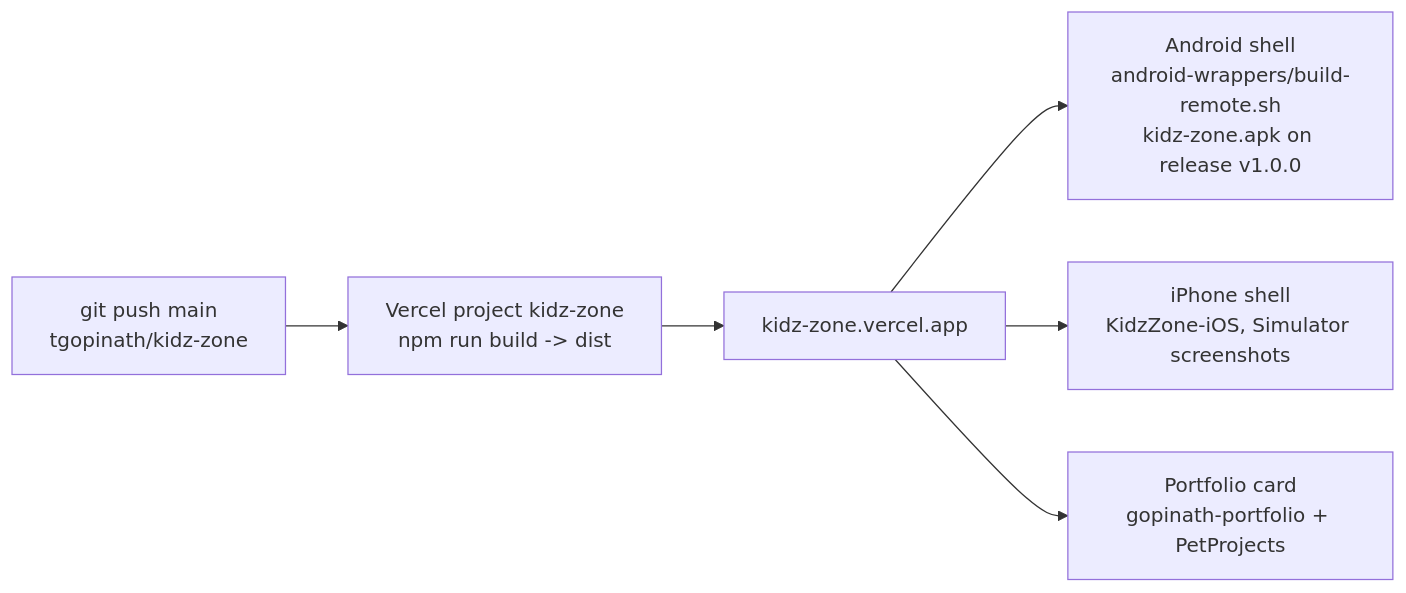
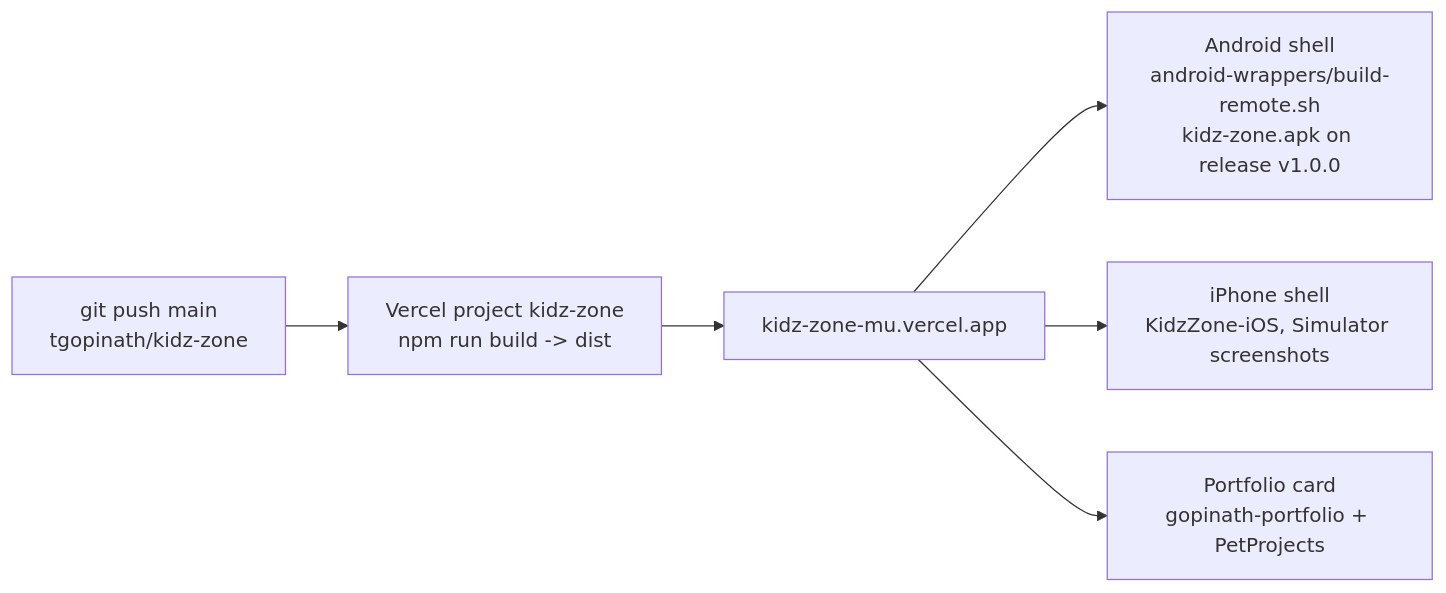
Before and after one commit to tgopinath/kidz-zone: the fourth of 4 diagrams in ARCHITECTURE.md, drawn with Mermaid. The commit also changed other lines of this file and 25 other files, not shown here.

Commit message:
Portfolio assets (phone and iPhone pages, screenshots, card notes), README, architecture; Garden keeps its green; Pets title contrast

````diff
--- a/ARCHITECTURE.md
+++ b/ARCHITECTURE.md
@@ -88,8 +88,8 @@
 ```mermaid
 flowchart LR
   G[git push main<br/>tgopinath/kidz-zone] --> V[Vercel project kidz-zone<br/>npm run build -> dist]
-  V --> LIVE[kidz-zone.vercel.app]
+  V --> LIVE[kidz-zone-mu.vercel.app]
   LIVE --> APK[Android shell<br/>android-wrappers/build-remote.sh<br/>kidz-zone.apk on release v1.0.0]
   LIVE --> IOS[iPhone shell<br/>KidzZone-iOS, Simulator screenshots]
   LIVE --> P[Portfolio card<br/>gopinath-portfolio + PetProjects]
 ```
````
